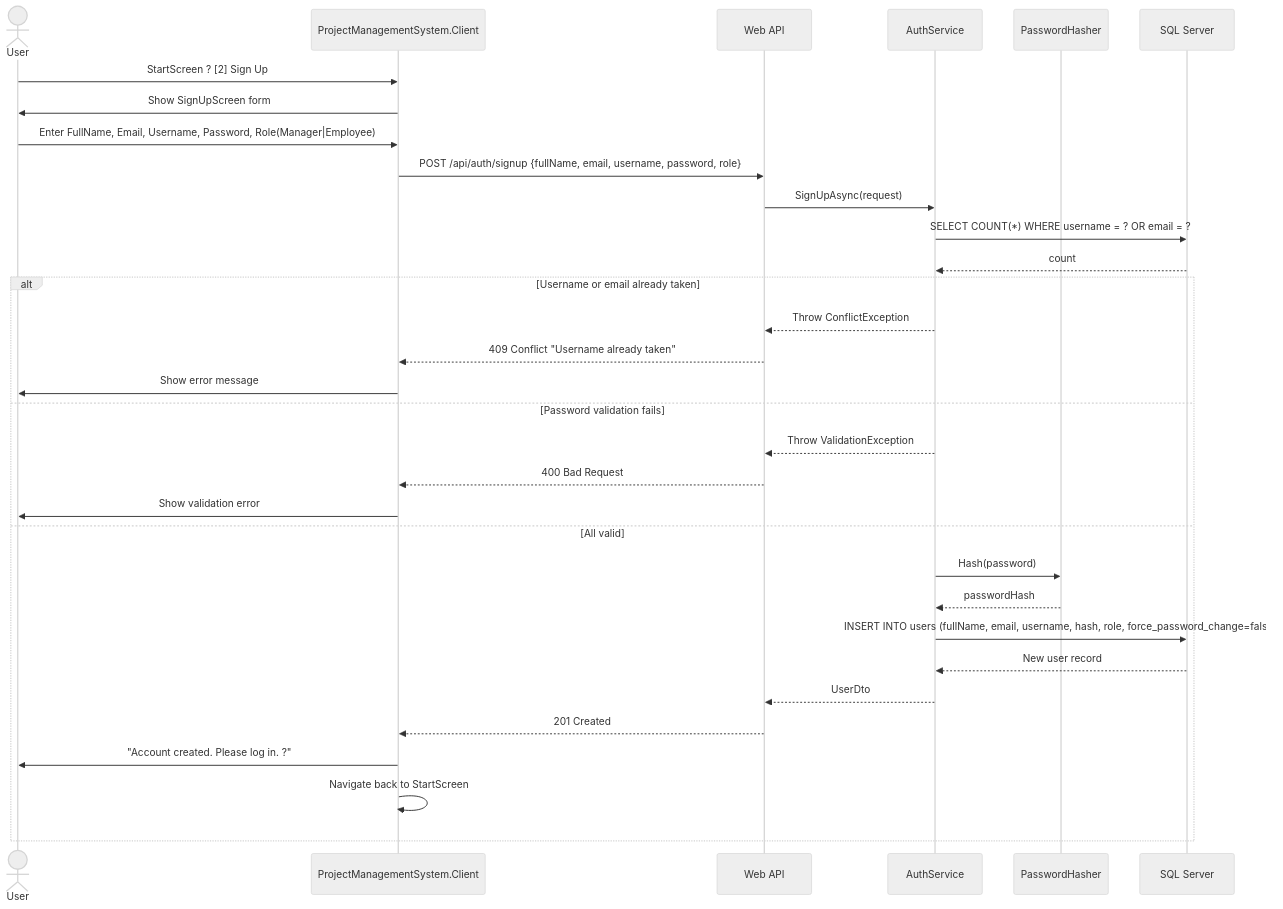
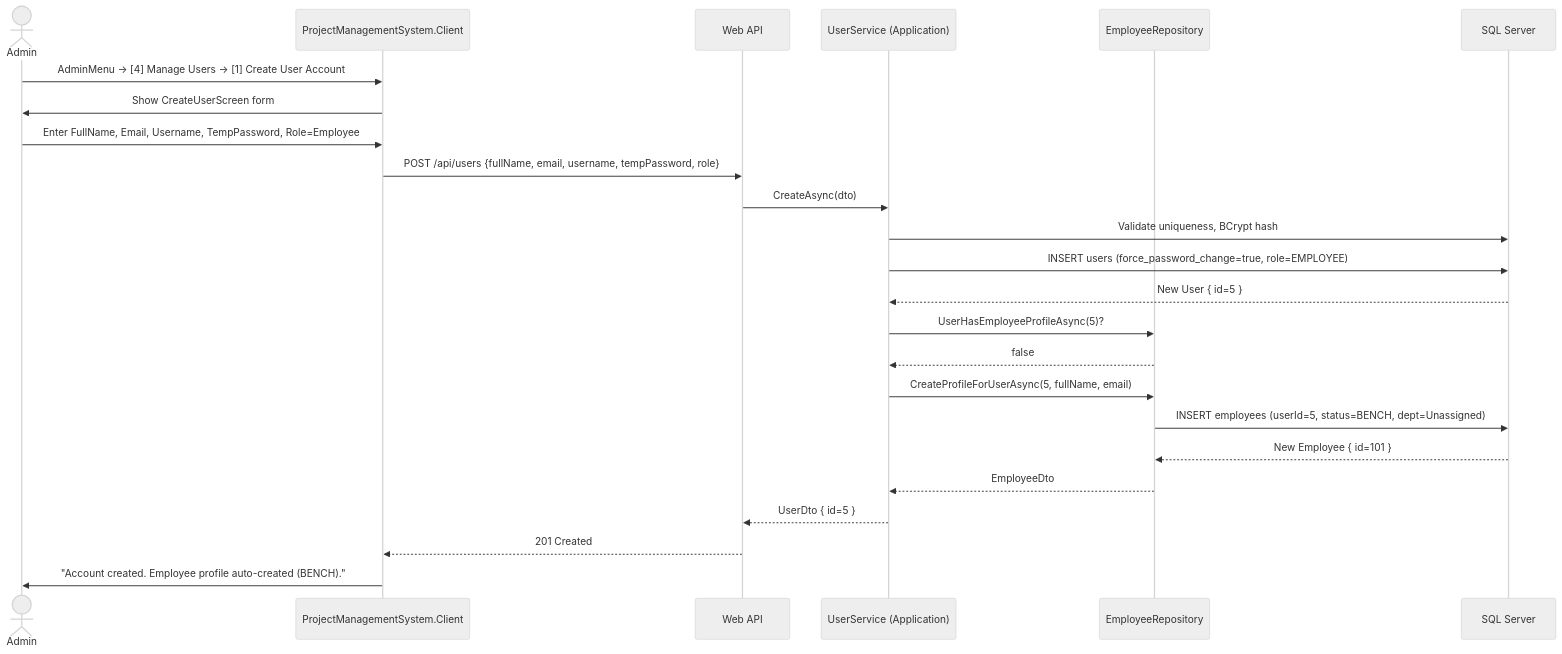
Before and after one commit to HariAdk/PRM: the second of 14 diagrams in docs/Solution/Sequence_Diagram.md, drawn with Mermaid (neutral theme). The commit also changed other lines of this file and 21 other files, not shown here.

Commit message:
Updated diagrams

````diff
--- a/docs/Solution/Sequence_Diagram.md
+++ b/docs/Solution/Sequence_Diagram.md
@@ -77,38 +82,30 @@
 ```mermaid
 sequenceDiagram
-    actor User
-    participant Client  as ProjectManagementSystem.Client
-    participant API     as Web API
-    participant AuthSvc as AuthService
-    participant Hasher  as PasswordHasher
-    participant DB      as SQL Server
+    actor Admin
+    participant Client   as ProjectManagementSystem.Client
+    participant API      as Web API
+    participant UserSvc  as UserService (Application)
+    participant EmpRepo  as EmployeeRepository
+    participant DB       as SQL Server
 
-    User->>Client: StartScreen ? [2] Sign Up
-    Client->>User: Show SignUpScreen form
-    User->>Client: Enter FullName, Email, Username, Password, Role(Manager|Employee)
+    Admin->>Client: AdminMenu → [4] Manage Users → [1] Create User Account
+    Client->>Admin: Show CreateUserScreen form
+    Admin->>Client: Enter FullName, Email, Username, TempPassword, Role=Employee
 
-    Client->>API: POST /api/auth/signup {fullName, email, username, password, role}
+    Client->>API: POST /api/users {fullName, email, username, tempPassword, role}
+    API->>UserSvc: CreateAsync(dto)
+    UserSvc->>DB: Validate uniqueness, BCrypt hash
+    UserSvc->>DB: INSERT users (force_password_change=true, role=EMPLOYEE)
+    DB-->>UserSvc: New User { id=5 }
 
-    API->>AuthSvc: SignUpAsync(request)
-    AuthSvc->>DB: SELECT COUNT(*) WHERE username = ? OR email = ?
-    DB-->>AuthSvc: count
+    UserSvc->>EmpRepo: UserHasEmployeeProfileAsync(5)?
+    EmpRepo-->>UserSvc: false
+    UserSvc->>EmpRepo: CreateProfileForUserAsync(5, fullName, email)
+    EmpRepo->>DB: INSERT employees (userId=5, status=BENCH, dept=Unassigned)
+    DB-->>EmpRepo: New Employee { id=101 }
+    EmpRepo-->>UserSvc: EmployeeDto
 
-    alt Username or email already taken
-        AuthSvc-->>API: Throw ConflictException
-        API-->>Client: 409 Conflict "Username already taken"
-        Client->>User: Show error message
-    else Password validation fails
-        AuthSvc-->>API: Throw ValidationException
-        API-->>Client: 400 Bad Request
-        Client->>User: Show validation error
-    else All valid
-        AuthSvc->>Hasher: Hash(password)
-        Hasher-->>AuthSvc: passwordHash
-        AuthSvc->>DB: INSERT INTO users (fullName, email, username, hash, role, force_password_change=false)
-        DB-->>AuthSvc: New user record
-        AuthSvc-->>API: UserDto
-        API-->>Client: 201 Created
-        Client->>User: "Account created. Please log in. ?"
-        Client->>Client: Navigate back to StartScreen
-    end
+    UserSvc-->>API: UserDto { id=5 }
+    API-->>Client: 201 Created
+    Client->>Admin: "Account created. Employee profile auto-created (BENCH)."
 ```
````
